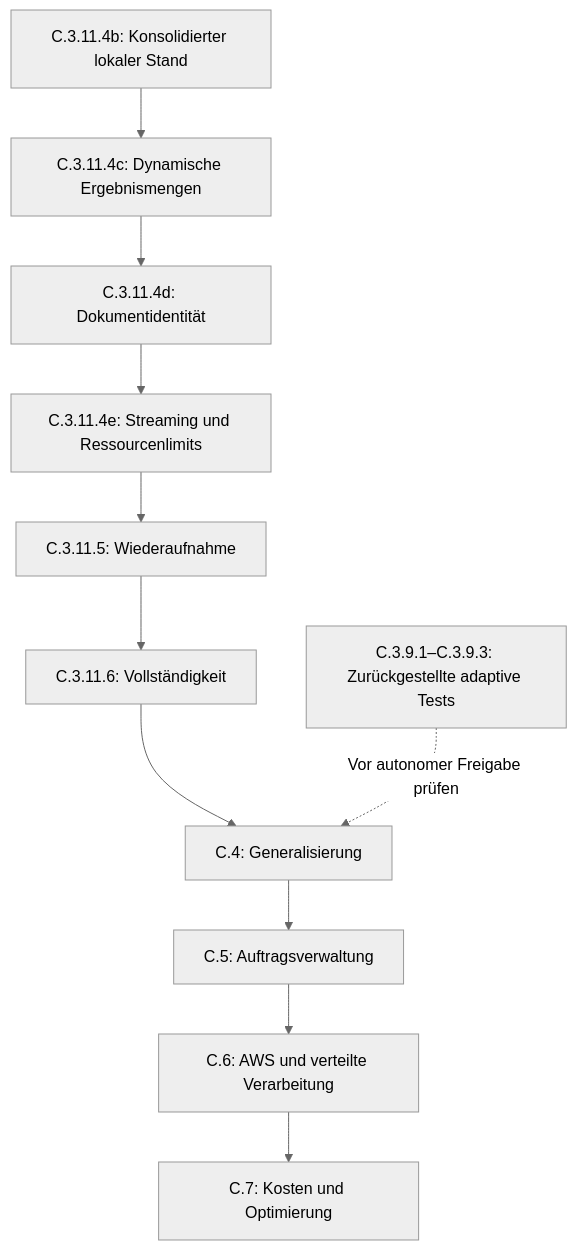
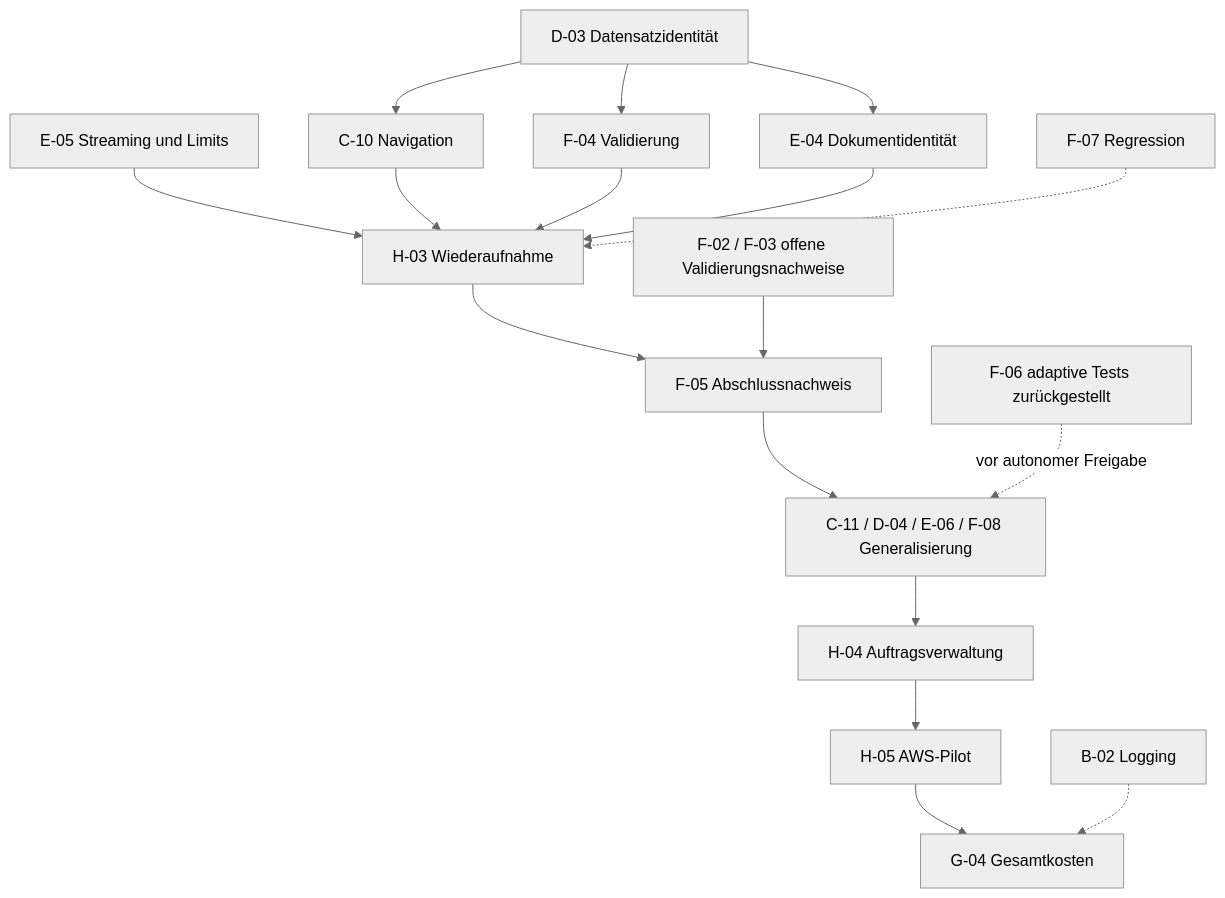
The third of 3 diagrams in README.md (ermiS16/KI_Crawler), drawn with Mermaid (neutral theme) before and after one commit. The commit also changed other lines of this file, not shown here.

````diff
--- a/README.md
+++ b/README.md
@@ -1008,13 +1209,19 @@
 ```mermaid
 flowchart TD
-    A[C.3.11.4b: Konsolidierter lokaler Stand] --> I[C.3.11.4c: Dynamische Ergebnismengen]
-    I --> J[C.3.11.4d: Dokumentidentität]
-    J --> K[C.3.11.4e: Streaming und Ressourcenlimits]
-    K --> B[C.3.11.5: Wiederaufnahme]
-    B --> C[C.3.11.6: Vollständigkeit]
-    C --> D[C.4: Generalisierung]
-    D --> E[C.5: Auftragsverwaltung]
-    E --> F[C.6: AWS und verteilte Verarbeitung]
-    F --> G[C.7: Kosten und Optimierung]
-    H[C.3.9.1–C.3.9.3: Zurückgestellte adaptive Tests] -. Vor autonomer Freigabe prüfen .-> D
+    D03[D-03 Datensatzidentität] --> C10[C-10 Navigation]
+    D03 --> F04[F-04 Validierung]
+    D03 --> E04[E-04 Dokumentidentität]
+    E05[E-05 Streaming und Limits] --> H03[H-03 Wiederaufnahme]
+    C10 --> H03
+    F04 --> H03
+    E04 --> H03
+    H03 --> F05[F-05 Abschlussnachweis]
+    F02[F-02 / F-03 offene Validierungsnachweise] --> F05
+    F05 --> GEN[C-11 / D-04 / E-06 / F-08 Generalisierung]
+    GEN --> H04[H-04 Auftragsverwaltung]
+    H04 --> H05[H-05 AWS-Pilot]
+    H05 --> G04[G-04 Gesamtkosten]
+    B02[B-02 Logging] -.-> G04
+    F07[F-07 Regression] -.-> H03
+    F06[F-06 adaptive Tests zurückgestellt] -. vor autonomer Freigabe .-> GEN
 ```
````
